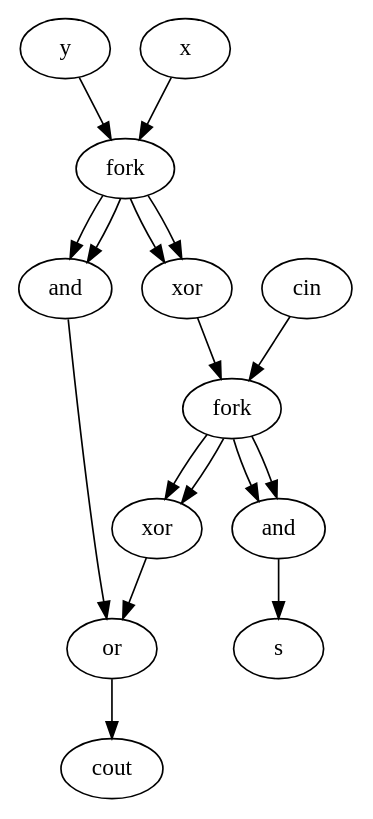
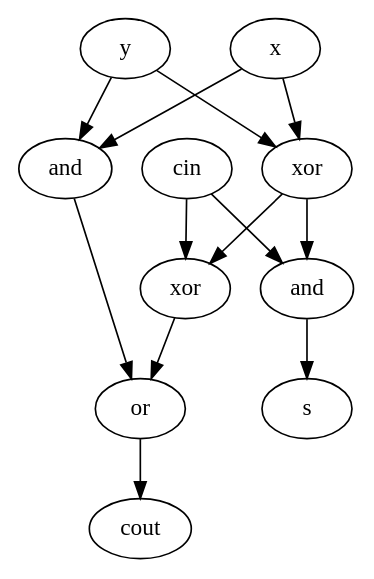
One commit to akuczala/cat-circuits changed the diagram in test.gv. Above: the diagram before and after it, drawn with Graphviz. The commit also changed 4 other files, not shown here.

```diff
--- a/test.gv
+++ b/test.gv
@@ -1,31 +1,20 @@
 digraph G {
-    node [colorscheme=oranges9]
     n0 [label=cout]
     n1 [label=s]
     n2 [label=or]
     n3 [label=and]
     n4 [label=xor]
-    n5 [label=fork]
-    n6 [label=and]
-    n7 [label=xor]
-    n8 [label=fork]
-    n9 [label=y]
-    n10 [label=x]
-    n11 [label=cin]
-    n2 -> n0
-    n3 -> n1
-    n6 -> n2
-    n4 -> n2
-    n5 -> n3
-    n5 -> n3
-    n5 -> n4
-    n5 -> n4
-    n11 -> n5
-    n7 -> n5
-    n8 -> n6
-    n8 -> n6
-    n8 -> n7
-    n8 -> n7
-    n10 -> n8
-    n9 -> n8
+    n5 [label=and]
+    n6 [label=xor]
+    n7 [label=y]
+    n8 [label=x]
+    n9 [label=cin]
+    n2 -> {n0}
+    n3 -> {n1}
+    n5 -> {n2}
+    n4 -> {n2}
+    n9 -> {n4,n3}
+    n6 -> {n4,n3}
+    n8 -> {n6,n5}
+    n7 -> {n6,n5}
 }
```
